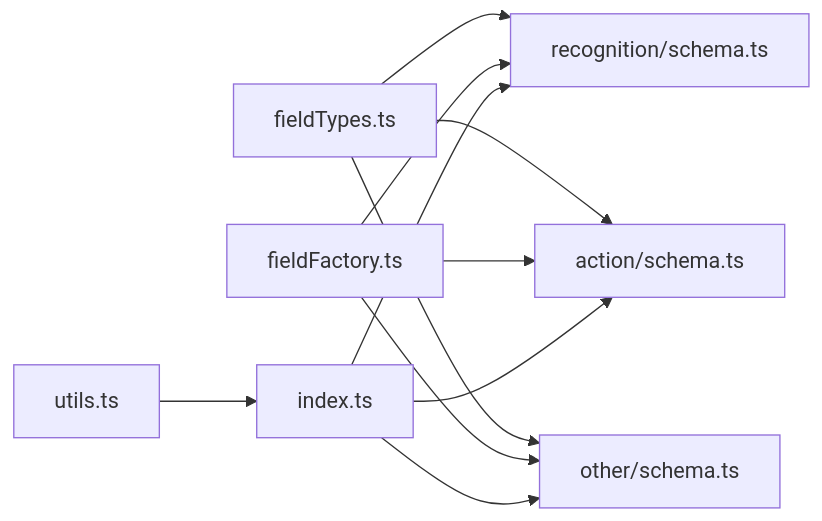
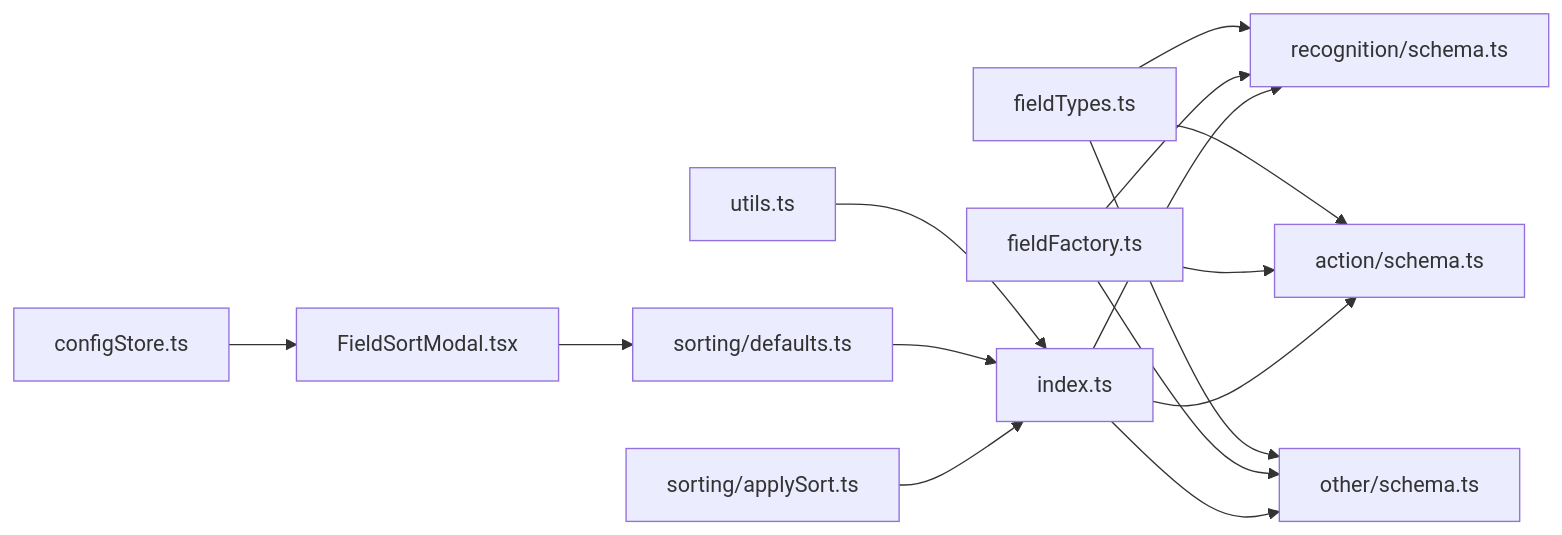
Before and after one commit to kqcoxn/MaaPipelineEditor: the seventh of 7 diagrams in .qoder/repowiki/zh/content/核心概念/字段配置系统/字段配置系统.md, drawn with Mermaid. The commit also changed other lines of this file and 22 other files, not shown here.

````diff
--- a/.qoder/repowiki/zh/content/核心概念/字段配置系统/字段配置系统.md
+++ b/.qoder/repowiki/zh/content/核心概念/字段配置系统/字段配置系统.md
@@ -294,13 +379,17 @@
 ```mermaid
 graph LR
 FTY["fieldTypes.ts"] --> RSCH["recognition/schema.ts"]
 FTY --> ASCH["action/schema.ts"]
 FTY --> OSCH["other/schema.ts"]
 FAC["fieldFactory.ts"] --> RSCH
 FAC --> ASCH
 FAC --> OSCH
 UTL["utils.ts"] --> IDX["index.ts"]
 IDX --> RSCH
 IDX --> ASCH
 IDX --> OSCH
+STD["sorting/defaults.ts"] --> IDX
+STA["sorting/applySort.ts"] --> IDX
+FSM["FieldSortModal.tsx"] --> STD
+CS["configStore.ts"] --> FSM
 ```
````
